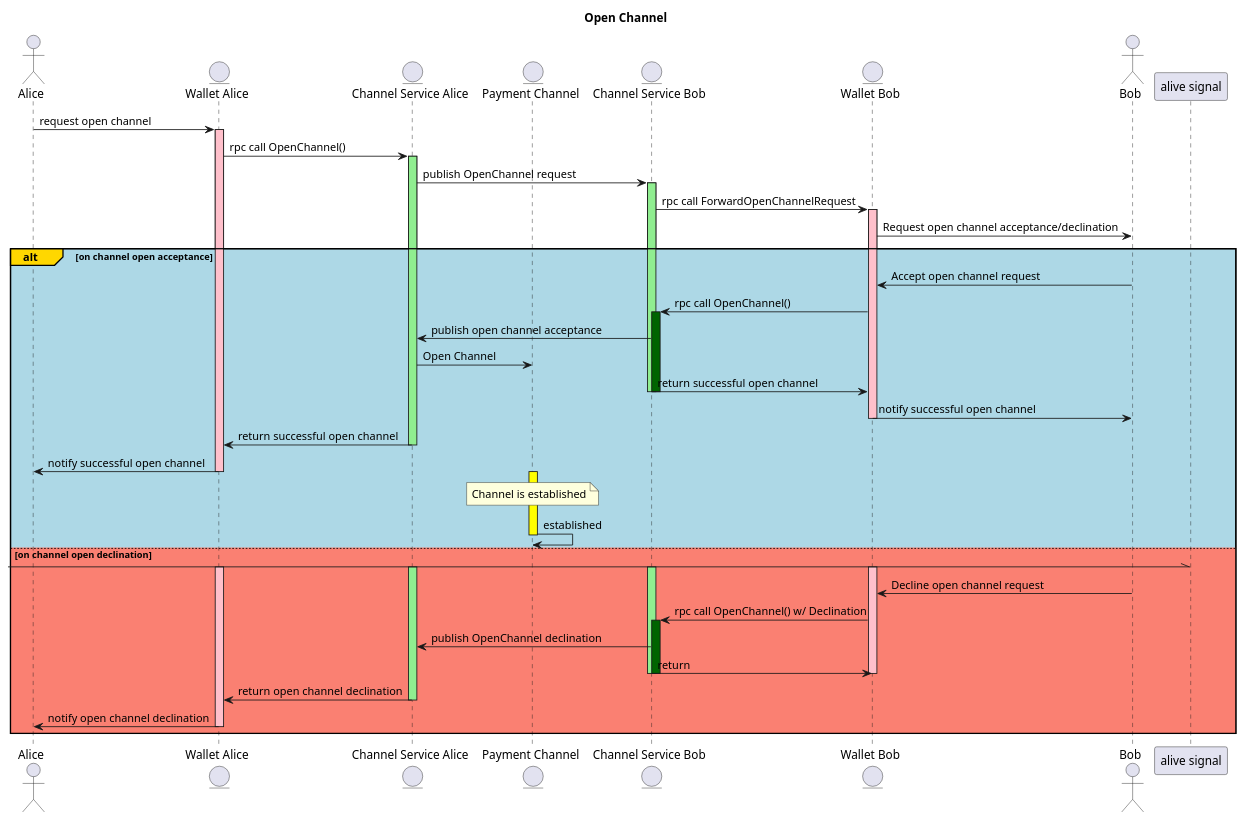
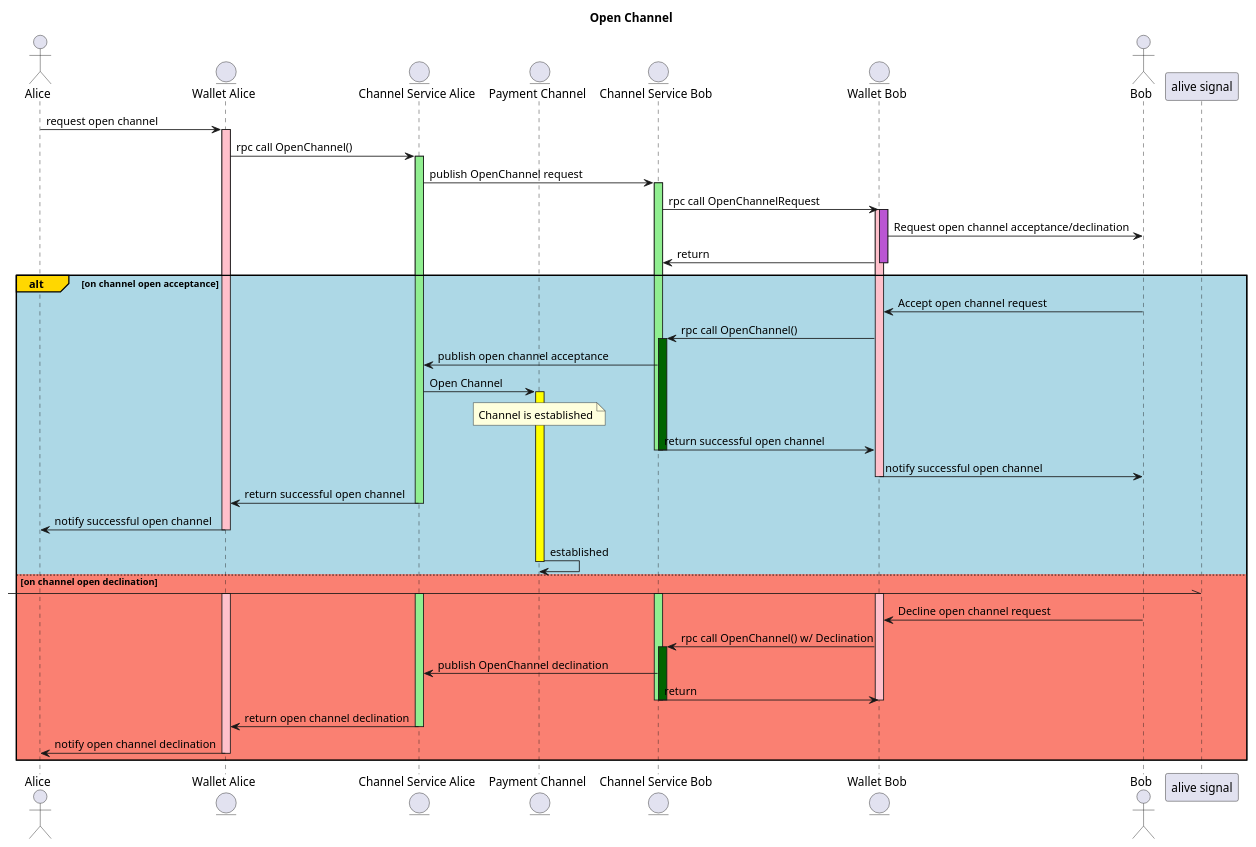
One commit to perun-network/perun-wallet-spec changed the diagram in src/sequence-open.pu. Above: the diagram before and after it, drawn with PlantUML.

Commit message:
sequence: Boyscout lifetime ordering and rpc calls for open

```diff
--- a/src/sequence-open.pu
+++ b/src/sequence-open.pu
@@ -1,60 +1,63 @@
 @startuml
 actor Alice as A
 entity "Wallet Alice" as WA
 entity "Channel Service Alice" as CSA
 entity "Payment Channel" as PC
 entity "Channel Service Bob" as CSB
 entity "Wallet Bob" as WB
 actor Bob as B
 
 title Open Channel
 
 A -> WA : request open channel
 activate WA #pink
 WA -> CSA : rpc call OpenChannel()
 activate CSA #lightgreen
 CSA -> CSB : publish OpenChannel request
 activate CSB #lightgreen
-CSB -> WB : rpc call ForwardOpenChannelRequest
+CSB -> WB : rpc call OpenChannelRequest
 activate WB #pink
+activate WB #mediumorchid
 WB -> B : Request open channel acceptance/declination
+WB -> CSB : return
+deactivate WB
 alt#gold #lightblue on channel open acceptance
   B -> WB : Accept open channel request
   WB -> CSB : rpc call OpenChannel()
   activate CSB #darkgreen
   CSB -> CSA : publish open channel acceptance
   CSA -> PC : Open Channel
+  activate PC #yellow
+  note over PC: Channel is established
   CSB -> WB : return successful open channel
   deactivate CSB
   deactivate CSB
   WB -> B : notify successful open channel
   deactivate WB
   CSA -> WA : return successful open channel
   deactivate CSA
   WA -> A : notify successful open channel
   deactivate WA
-  activate PC #yellow
-  note over PC: Channel is established
   PC -> PC : established
   deactivate PC
 else #salmon on channel open declination
   [-\\ "alive signal"
   activate CSA #lightgreen
   activate CSB #lightgreen
   activate WB #pink
   activate WA #pink
   B -> WB : Decline open channel request
   WB -> CSB : rpc call OpenChannel() w/ Declination
   activate CSB #darkgreen
   CSB -> CSA : publish OpenChannel declination
   CSB -> WB : return
   deactivate CSB
   deactivate CSB
   deactivate WB
   CSA -> WA : return open channel declination
   deactivate CSA
   WA -> A : notify open channel declination
   deactivate WA
 end
 
 @enduml
```
